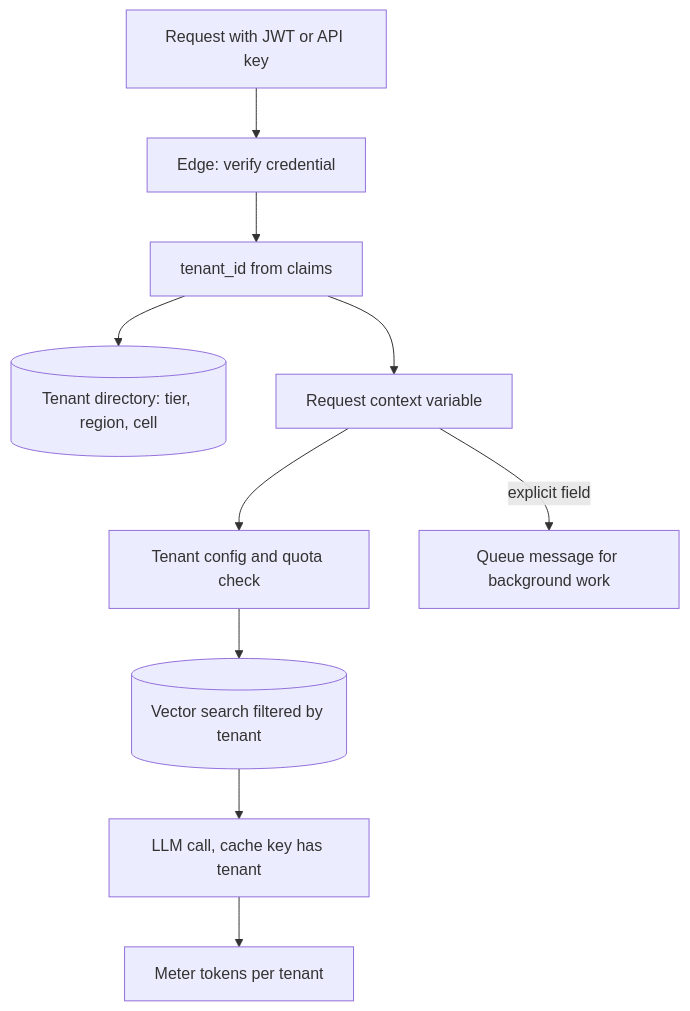
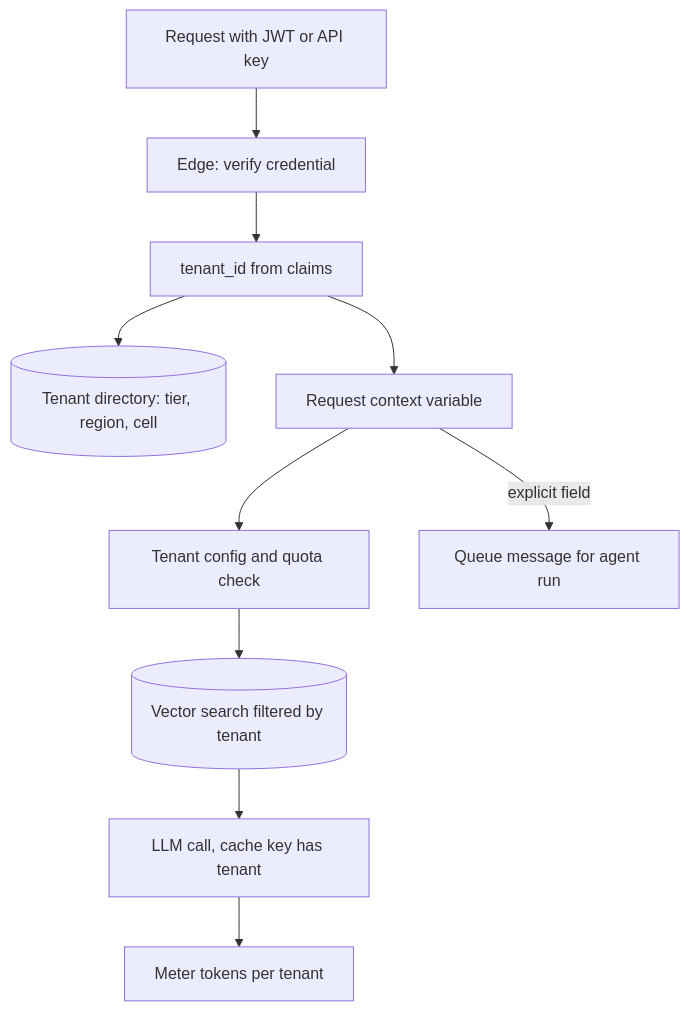
Before and after one commit to lovishmahajan97/agentic-learning: the diagram in content/system-design/multi-tenancy.md, drawn with Mermaid. The commit also changed other lines of this file and 266 other files, not shown here.

````diff
--- a/content/system-design/multi-tenancy.md
+++ b/content/system-design/multi-tenancy.md
@@ -141,12 +158,12 @@
 ```mermaid
 flowchart TD
     R["Request with JWT or API key"] --> E["Edge: verify credential"]
     E --> T["tenant_id from claims"]
     T --> D[("Tenant directory: tier, region, cell")]
     T --> C["Request context variable"]
     C --> CF["Tenant config and quota check"]
     CF --> V[("Vector search filtered by tenant")]
     V --> L["LLM call, cache key has tenant"]
     L --> M["Meter tokens per tenant"]
-    C -->|"explicit field"| Q["Queue message for background work"]
+    C -->|"explicit field"| Q["Queue message for agent run"]
 ```
````
